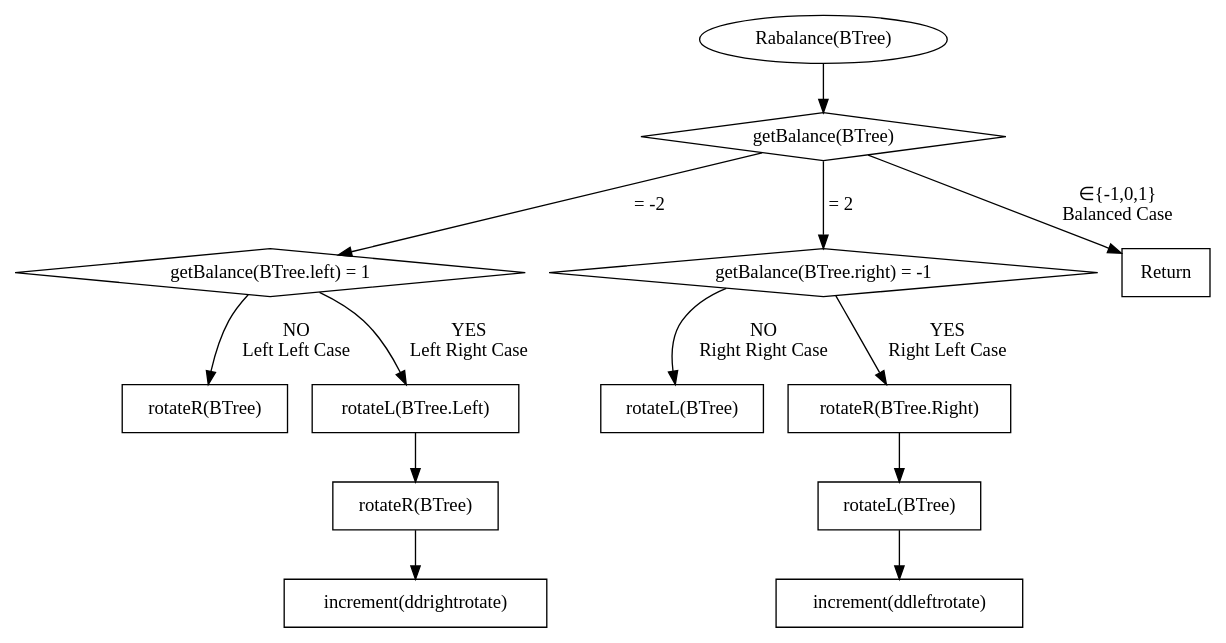
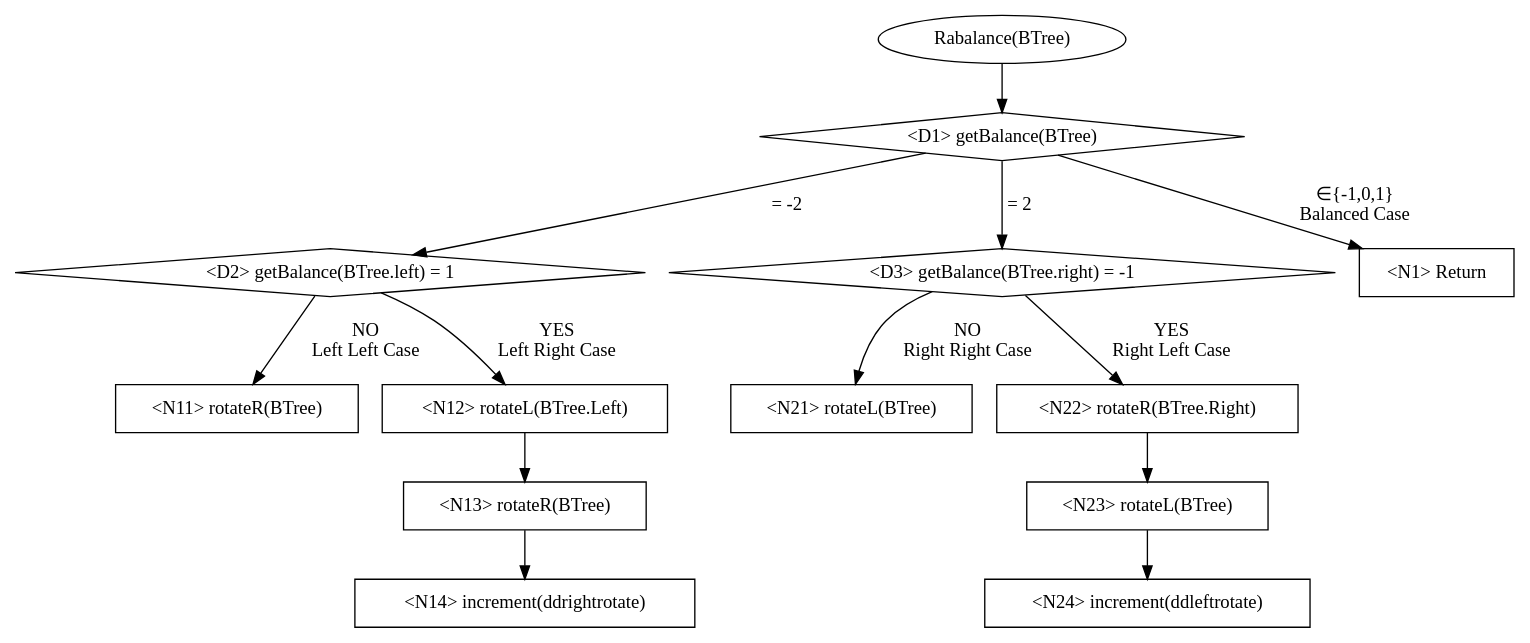
One commit to hugoppp-uni/Hausarbeit-Algorithmen-und-Datenstrukturen changed the diagram in doc/graphviz/rebalance.gv. Above: the diagram before and after it, drawn with Graphviz. The commit also changed 7 other files, not shown here.

```diff
--- a/doc/graphviz/rebalance.gv
+++ b/doc/graphviz/rebalance.gv
@@ -1,28 +1,28 @@
 digraph G {
     node [shape = box];
     rebalance [label = "Rabalance(BTree)" shape = ellipse]
-    check2 [label = "getBalance(BTree)" shape = diamond]
-    check1Pos [label = "getBalance(BTree.left) = 1" shape = diamond]
-    check1Neg [label = "getBalance(BTree.right) = -1" shape = diamond]
+    check2 [label = "<D1> getBalance(BTree)" shape = diamond]
+    check1Pos [label = "<D2> getBalance(BTree.left) = 1" shape = diamond]
+    check1Neg [label = "<D3> getBalance(BTree.right) = -1" shape = diamond]
 
-    RightRight [label = "rotateL(BTree)"]
-    LeftLeft [label = "rotateR(BTree)"]
+    RightRight [label = "<N21> rotateL(BTree)"]
+    LeftLeft [label = "<N11> rotateR(BTree)"]
 
-    RightLeft [label = "rotateR(BTree.Right)"]
-    RightLeft -> "rotateL(BTree)" -> "increment(ddleftrotate)"
-    LeftRight [label = "rotateL(BTree.Left)"]
-    LeftRight -> "rotateR(BTree)" -> "increment(ddrightrotate)"
+    RightLeft [label = "<N22> rotateR(BTree.Right)"]
+    RightLeft -> "<N23> rotateL(BTree)" -> "<N24> increment(ddleftrotate)"
+    LeftRight [label = "<N12> rotateL(BTree.Left)"]
+    LeftRight -> "<N13> rotateR(BTree)" -> "<N14> increment(ddrightrotate)"
 
     rebalance -> check2
 
     check2 -> check1Pos [label = "= -2"]
     check1Pos -> LeftRight [label = "YES\nLeft Right Case"]
     check1Pos -> LeftLeft [label = "NO\nLeft Left Case"]
 
     check2 -> check1Neg [label = "= 2"]
     check1Neg -> RightLeft [label = "YES\nRight Left Case"]
     check1Neg -> RightRight [label = "NO\nRight Right Case"]
 
-    check2 -> "Return" [label = "∈{-1,0,1}\nBalanced Case"]
+    check2 -> "<N1> Return" [label = "∈{-1,0,1}\nBalanced Case"]
 
 }
```
